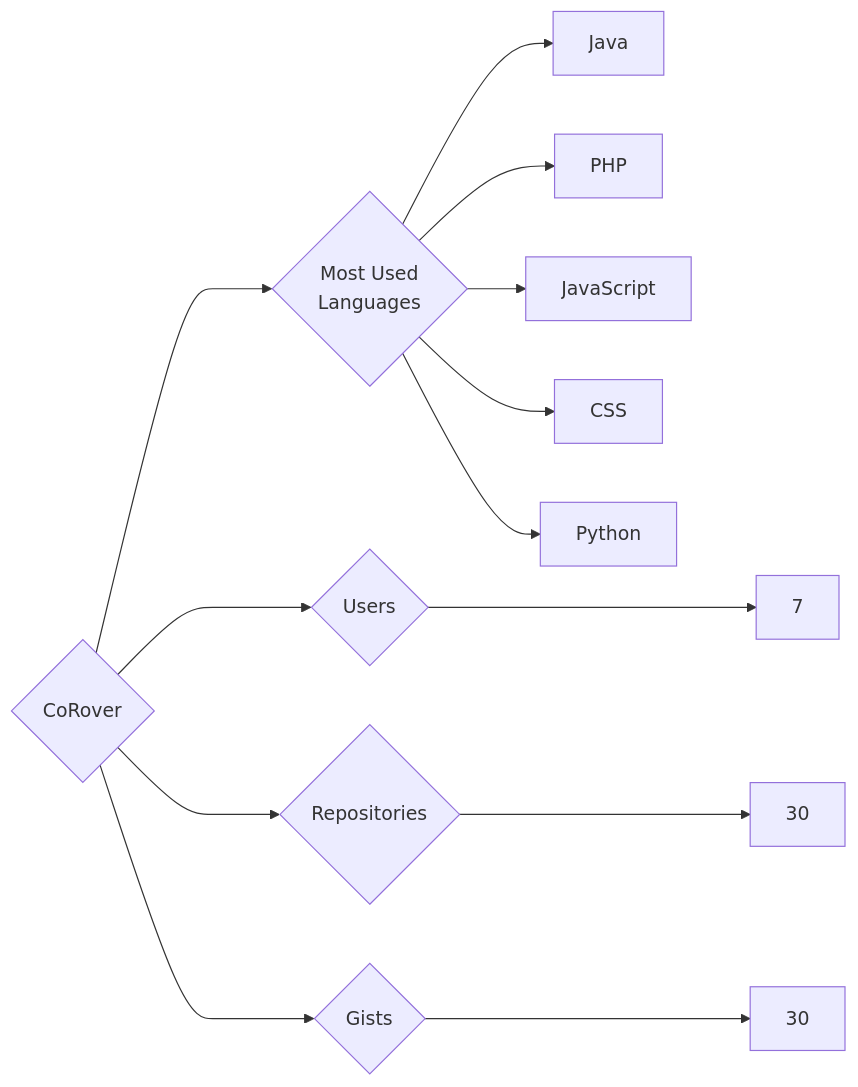
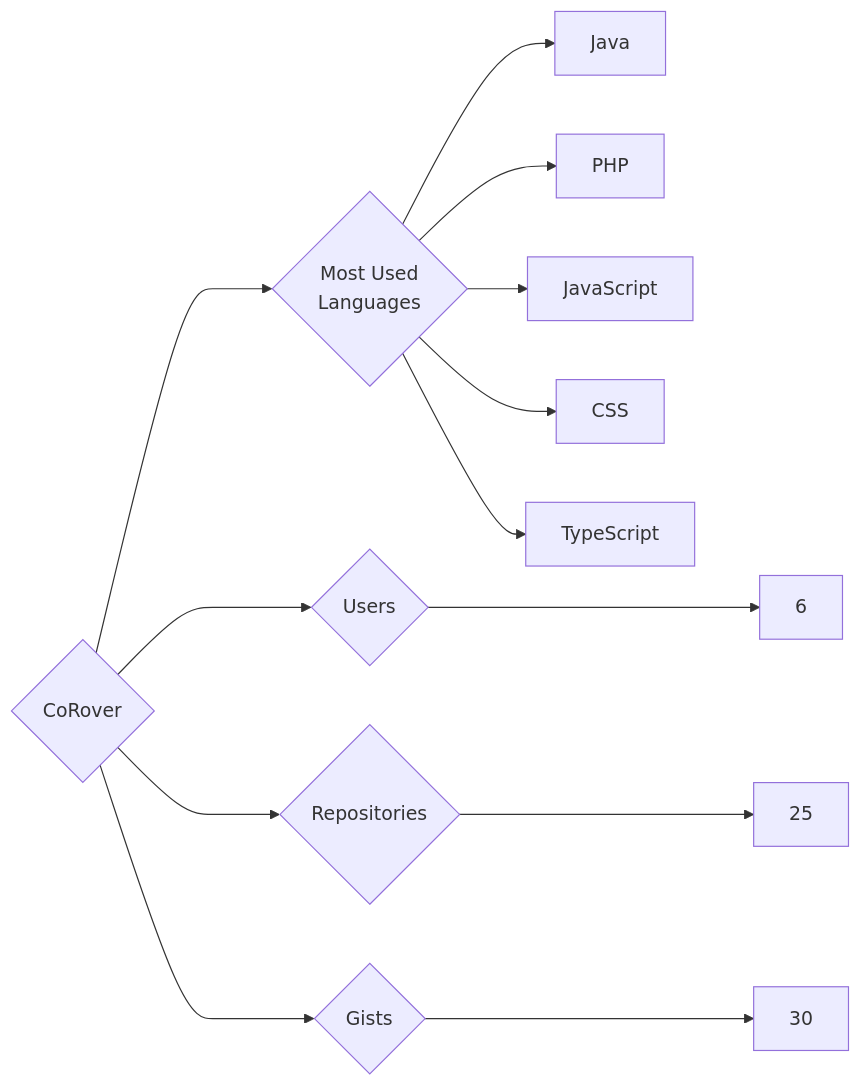
The diagram in targets/CoRover/README.md (trickest/insiders), drawn with Mermaid before and after one commit. The commit also changed 934 other files, not shown here.

````diff
--- a/targets/CoRover/README.md
+++ b/targets/CoRover/README.md
@@ -3,13 +3,13 @@
 ```mermaid
 graph LR
 COMPANY_NAME{CoRover}
-COMPANY_NAME ---> U{Users} ---> UN[7]
-COMPANY_NAME ---> R{Repositories} ---> RN[30]
+COMPANY_NAME ---> U{Users} ---> UN[6]
+COMPANY_NAME ---> R{Repositories} ---> RN[25]
 COMPANY_NAME ---> G{Gists} ---> GN[30]
 COMPANY_NAME ---> ML{Most Used<br>Languages}
 ML --> Java[Java]
 ML --> PHP[PHP]
 ML --> JavaScript[JavaScript]
 ML --> CSS[CSS]
-ML --> Python[Python]
+ML --> TypeScript[TypeScript]
 ```
````
